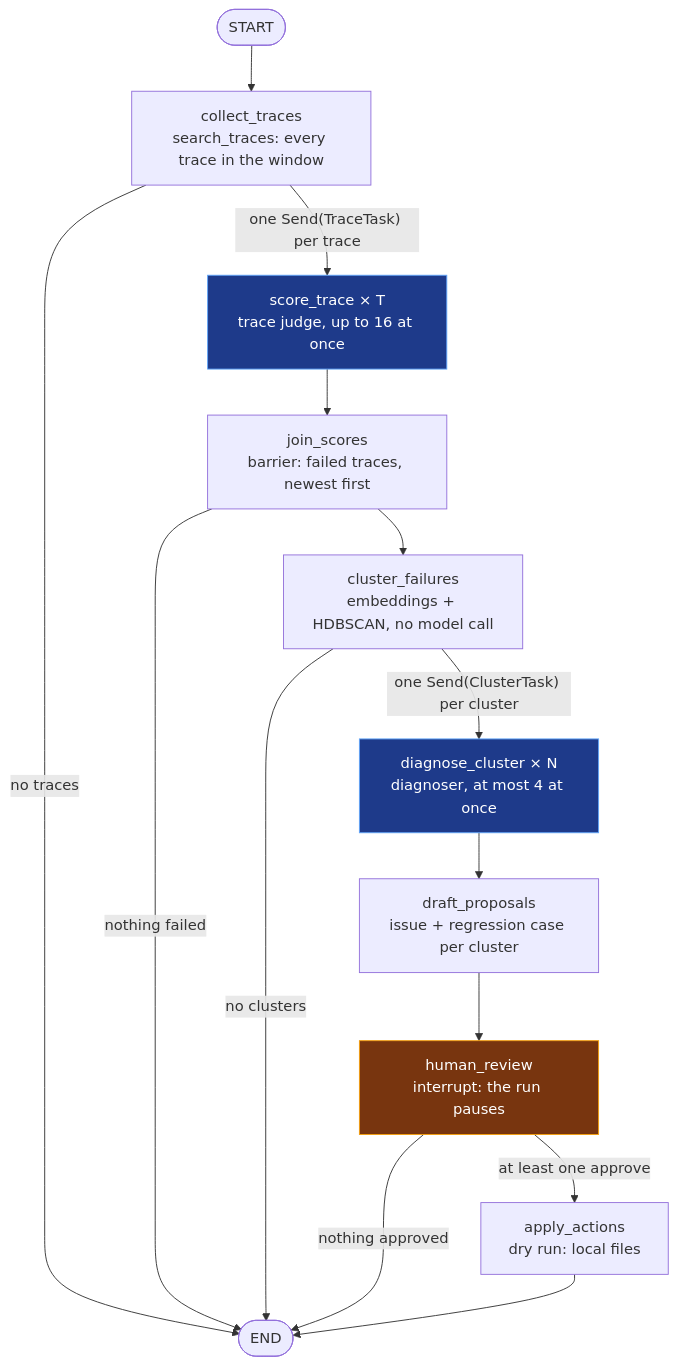
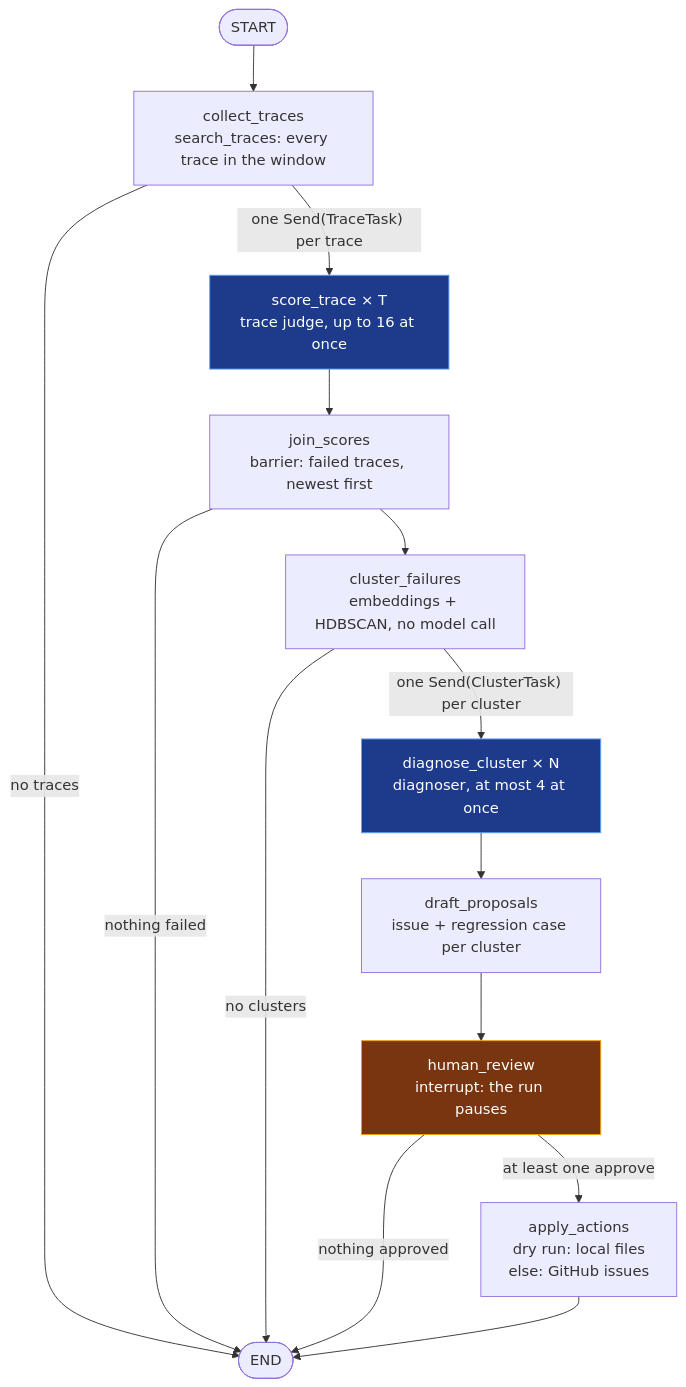
Before and after one commit to Nelev/tracescan: the fourth of 7 diagrams in README.md, drawn with Mermaid. The commit also changed other lines of this file and 14 other files, not shown here.

First line of the commit message:
feat(actions): open GitHub issues for approved proposals

````diff
--- a/README.md
+++ b/README.md
@@ -279,21 +281,21 @@
 ```mermaid
 flowchart TD
     start([START]) --> collect["collect_traces<br/>search_traces: every trace in the window"]
     collect -- "no traces" --> stop([END])
     collect -- "one Send(TraceTask) per trace" --> judge["score_trace × T<br/>trace judge, up to 16 at once"]
     judge --> joins["join_scores<br/>barrier: failed traces, newest first"]
     joins -- "nothing failed" --> stop
     joins --> cluster["cluster_failures<br/>embeddings + HDBSCAN, no model call"]
     cluster -- "no clusters" --> stop
     cluster -- "one Send(ClusterTask) per cluster" --> diagnose["diagnose_cluster × N<br/>diagnoser, at most 4 at once"]
     diagnose --> draft["draft_proposals<br/>issue + regression case per cluster"]
     draft --> review["human_review<br/>interrupt: the run pauses"]
     review -- "nothing approved" --> stop
-    review -- "at least one approve" --> apply["apply_actions<br/>dry run: local files"]
+    review -- "at least one approve" --> apply["apply_actions<br/>dry run: local files<br/>else: GitHub issues"]
     apply --> stop
 
     classDef llm fill:#1e3a8a,stroke:#60a5fa,color:#fff
     classDef human fill:#78350f,stroke:#f59e0b,color:#fff
     class judge,diagnose llm
     class review human
 ```
````
